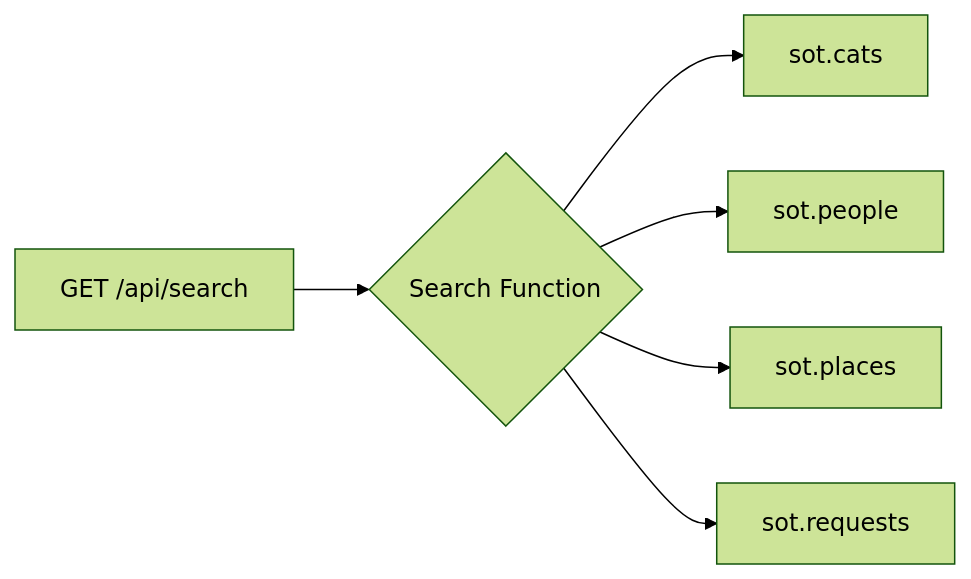
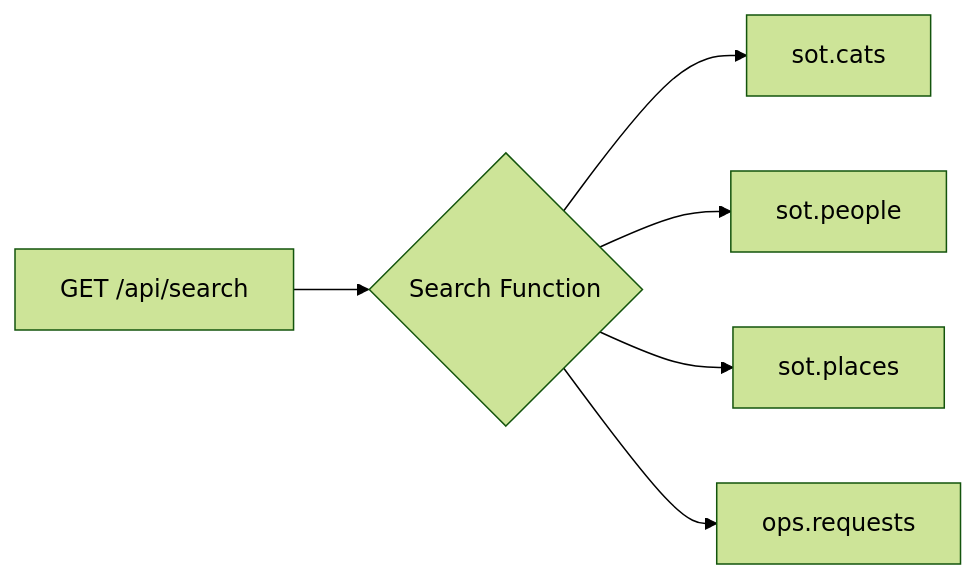
Before and after one commit to benffsc/Atlas: the seventh of 7 diagrams in docs/visualizations/API_ROUTES_MAP.md, drawn with Mermaid (forest theme). The commit also changed other lines of this file and 64 other files, not shown here.

First line of the commit message:
docs(FFS-652): V1→V2 schema cleanup + archive 8 redundant docs

````diff
--- a/docs/visualizations/API_ROUTES_MAP.md
+++ b/docs/visualizations/API_ROUTES_MAP.md
@@ -286,8 +286,8 @@
 ```mermaid
 graph LR
     Search[GET /api/search] --> SearchFn{Search Function}
     SearchFn --> Cats[sot.cats]
     SearchFn --> People[sot.people]
     SearchFn --> Places[sot.places]
-    SearchFn --> Requests[sot.requests]
+    SearchFn --> Requests[ops.requests]
 ```
````
